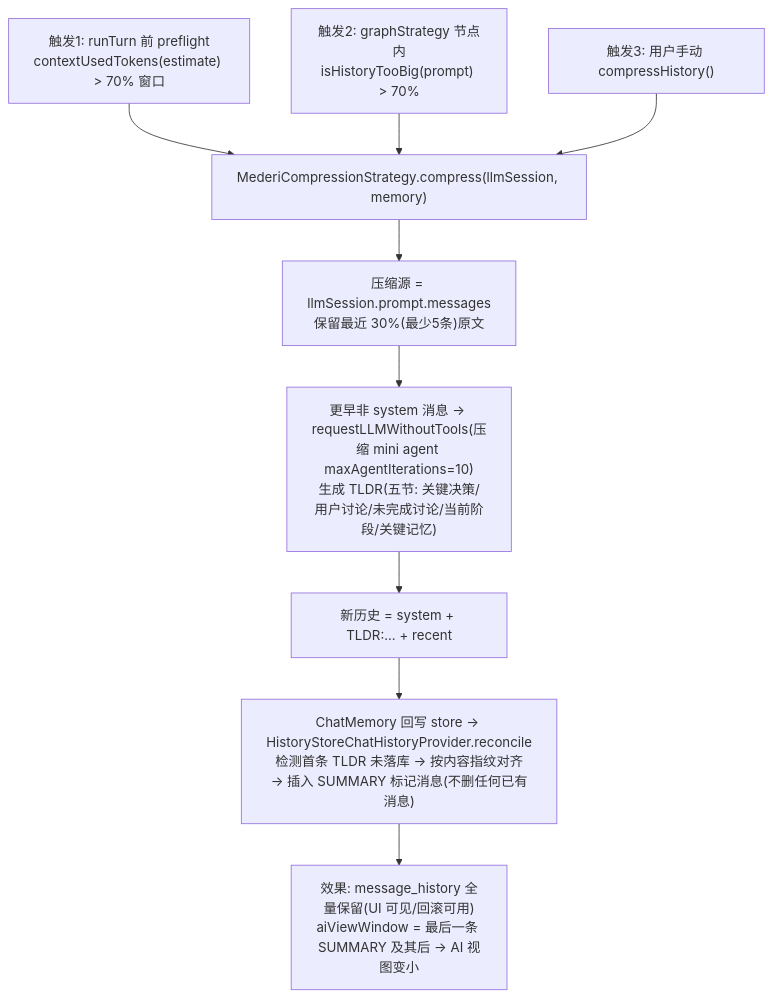
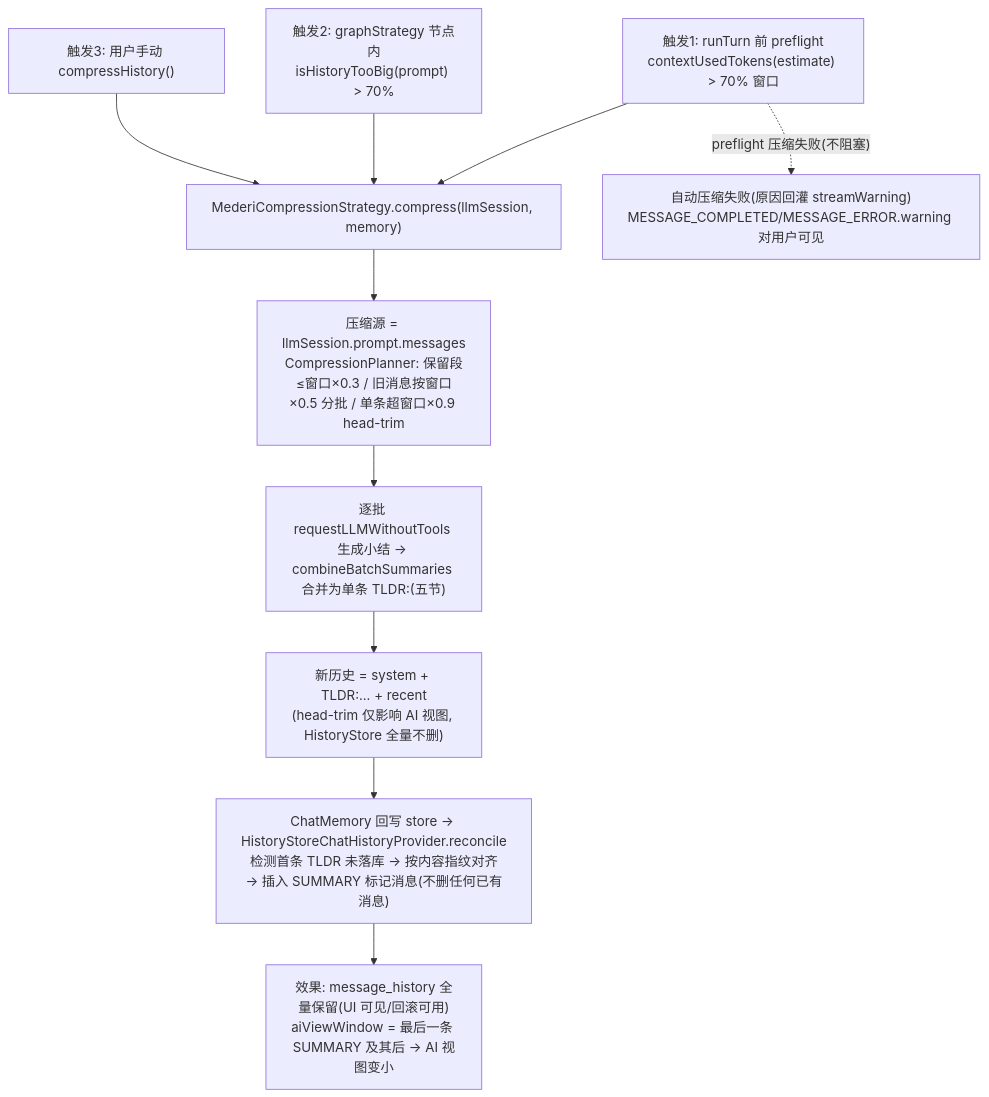
Before and after one commit to lzdev42/mederi: the eighth of 18 diagrams in docs/architecture/04-flows.md, drawn with Mermaid. The commit also changed 8 other files, not shown here.

First line of the commit message:
fix(compression): token-budget batching + head-trim + visible failures

````diff
--- a/docs/architecture/04-flows.md
+++ b/docs/architecture/04-flows.md
@@ -289,12 +289,13 @@
 ```mermaid
 flowchart TD
     A["触发1: runTurn 前 preflight<br/>contextUsedTokens(estimate) > 70% 窗口"]
     B["触发2: graphStrategy 节点内<br/>isHistoryTooBig(prompt) > 70%"]
     C["触发3: 用户手动 compressHistory()"]
     A & B & C --> D["MederiCompressionStrategy.compress(llmSession, memory)"]
-    D --> E["压缩源 = llmSession.prompt.messages<br/>保留最近 30%(最少5条)原文"]
-    E --> F["更早非 system 消息 → requestLLMWithoutTools(压缩 mini agent maxAgentIterations=10)<br/>生成 TLDR(五节: 关键决策/用户讨论/未完成讨论/当前阶段/关键记忆)"]
-    F --> G["新历史 = system + TLDR:... + recent"]
+    D --> E["压缩源 = llmSession.prompt.messages<br/>CompressionPlanner: 保留段≤窗口×0.3 / 旧消息按窗口×0.5 分批 / 单条超窗口×0.9 head-trim"]
+    E --> F["逐批 requestLLMWithoutTools 生成小结 → combineBatchSummaries 合并为单条 TLDR:(五节)"]
+    F --> G["新历史 = system + TLDR:... + recent<br/>(head-trim 仅影响 AI 视图, HistoryStore 全量不删)"]
     G --> H["ChatMemory 回写 store → HistoryStoreChatHistoryProvider.reconcile<br/>检测首条 TLDR 未落库 → 按内容指纹对齐<br/>→ 插入 SUMMARY 标记消息(不删任何已有消息)"]
     H --> I["效果: message_history 全量保留(UI 可见/回滚可用)<br/>aiViewWindow = 最后一条 SUMMARY 及其后 → AI 视图变小"]
+    A -. preflight 压缩失败(不阻塞).-> W["自动压缩失败(原因回灌 streamWarning)<br/>MESSAGE_COMPLETED/MESSAGE_ERROR.warning 对用户可见"]
 ```
````
